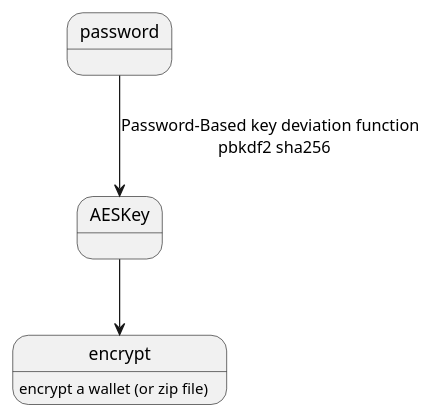
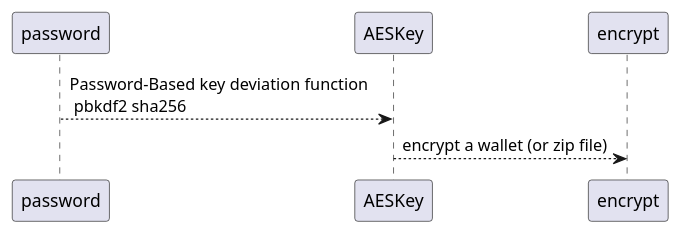
Before and after one commit to xiayiping/spring-all: the first of 2 diagrams in document/cryptography/cryptography.md, drawn with PlantUML. The commit also changed 25 other files, not shown here.

````diff
--- a/document/cryptography/cryptography.md
+++ b/document/cryptography/cryptography.md
@@ -36,7 +36,4 @@
 ```plantuml
-@startuml
 password --> AESKey : Password-Based key deviation function \n pbkdf2 sha256
-AESKey --> encrypt
-encrypt: encrypt a wallet (or zip file)
-@enduml
+AESKey --> encrypt : encrypt a wallet (or zip file)
 ```
````
